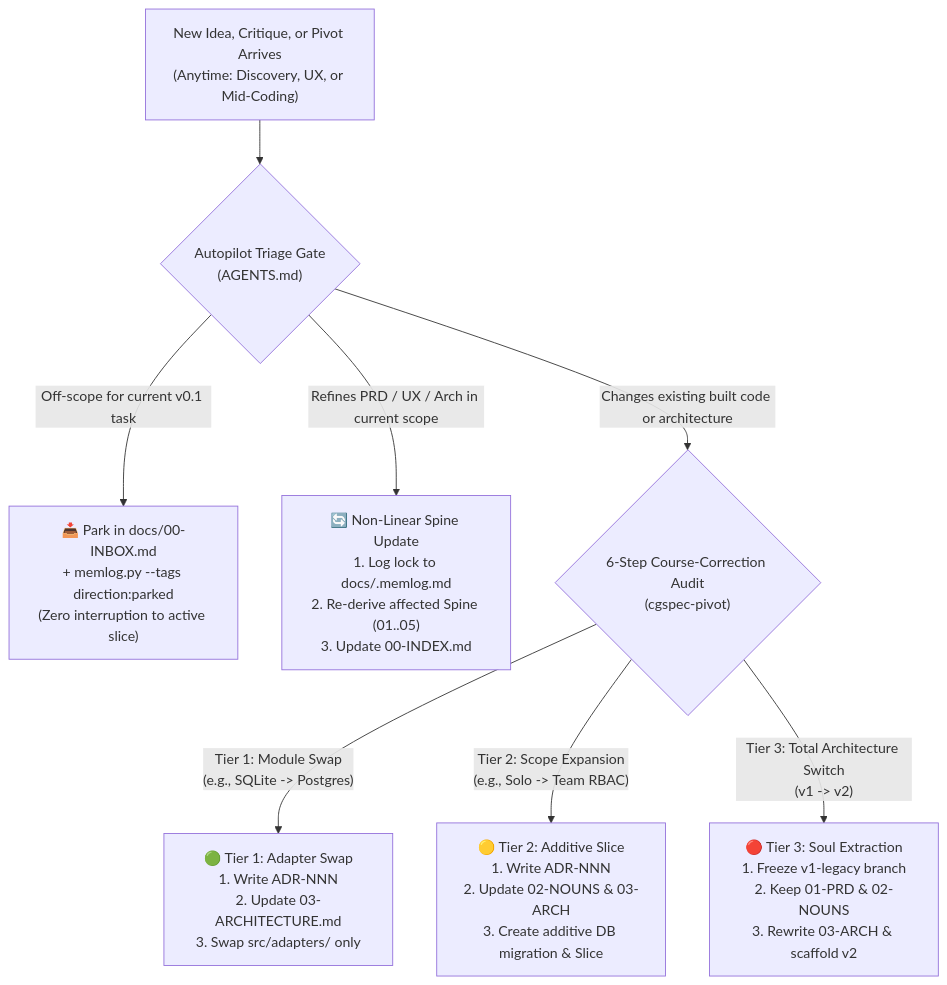
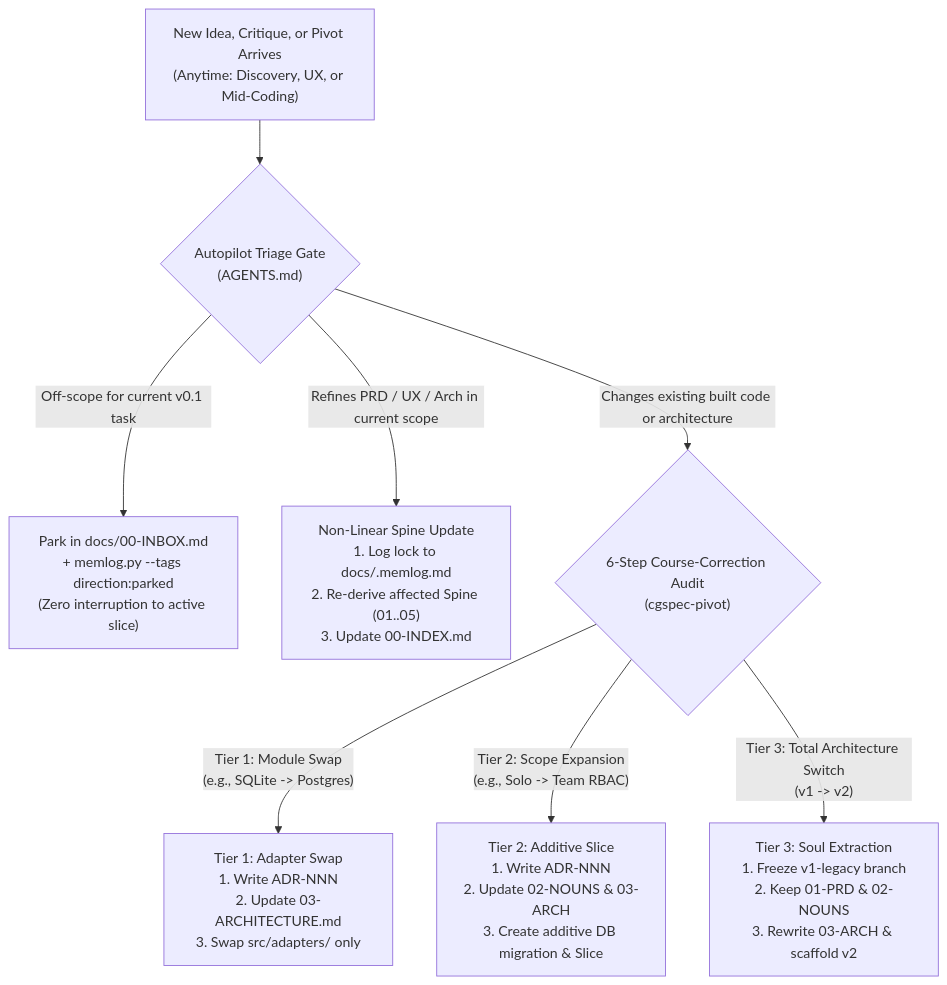
The second of 2 diagrams in docs/02-NOUNS-AND-FLOWS.md (BeOjefe/cgspec), drawn with Mermaid before and after one commit. The commit also changed 8 other files, not shown here.

````diff
--- a/docs/02-NOUNS-AND-FLOWS.md
+++ b/docs/02-NOUNS-AND-FLOWS.md
@@ -48,14 +48,14 @@
 ```mermaid
 flowchart TD
     IDEA["New Idea, Critique, or Pivot Arrives<br/>(Anytime: Discovery, UX, or Mid-Coding)"] --> GATE{"Autopilot Triage Gate<br/>(AGENTS.md)"}
 
-    GATE -->|"Off-scope for current v0.1 task"| PARK["📥 Park in docs/00-INBOX.md<br/>+ memlog.py --tags direction:parked<br/>(Zero interruption to active slice)"]
+    GATE -->|"Off-scope for current v0.1 task"| PARK["Park in docs/00-INBOX.md<br/>+ memlog.py --tags direction:parked<br/>(Zero interruption to active slice)"]
 
-    GATE -->|"Refines PRD / UX / Arch in current scope"| NONLINEAR["🔄 Non-Linear Spine Update<br/>1. Log lock to docs/.memlog.md<br/>2. Re-derive affected Spine (01..05)<br/>3. Update 00-INDEX.md"]
+    GATE -->|"Refines PRD / UX / Arch in current scope"| NONLINEAR["Non-Linear Spine Update<br/>1. Log lock to docs/.memlog.md<br/>2. Re-derive affected Spine (01..05)<br/>3. Update 00-INDEX.md"]
 
     GATE -->|"Changes existing built code or architecture"| TIER{"6-Step Course-Correction Audit<br/>(cgspec-pivot)"}
 
-    TIER -->|"Tier 1: Module Swap<br/>(e.g., SQLite -> Postgres)"| T1["🟢 Tier 1: Adapter Swap<br/>1. Write ADR-NNN<br/>2. Update 03-ARCHITECTURE.md<br/>3. Swap src/adapters/<module> only"]
-    TIER -->|"Tier 2: Scope Expansion<br/>(e.g., Solo -> Team RBAC)"| T2["🟡 Tier 2: Additive Slice<br/>1. Write ADR-NNN<br/>2. Update 02-NOUNS & 03-ARCH<br/>3. Create additive DB migration & Slice"]
-    TIER -->|"Tier 3: Total Architecture Switch<br/>(v1 -> v2)"| T3["🔴 Tier 3: Soul Extraction<br/>1. Freeze v1-legacy branch<br/>2. Keep 01-PRD & 02-NOUNS<br/>3. Rewrite 03-ARCH & scaffold v2"]
+    TIER -->|"Tier 1: Module Swap<br/>(e.g., SQLite -> Postgres)"| T1["Tier 1: Adapter Swap<br/>1. Write ADR-NNN<br/>2. Update 03-ARCHITECTURE.md<br/>3. Swap src/adapters/<module> only"]
+    TIER -->|"Tier 2: Scope Expansion<br/>(e.g., Solo -> Team RBAC)"| T2["Tier 2: Additive Slice<br/>1. Write ADR-NNN<br/>2. Update 02-NOUNS & 03-ARCH<br/>3. Create additive DB migration & Slice"]
+    TIER -->|"Tier 3: Total Architecture Switch<br/>(v1 -> v2)"| T3["Tier 3: Soul Extraction<br/>1. Freeze v1-legacy branch<br/>2. Keep 01-PRD & 02-NOUNS<br/>3. Rewrite 03-ARCH & scaffold v2"]
 ```
````
